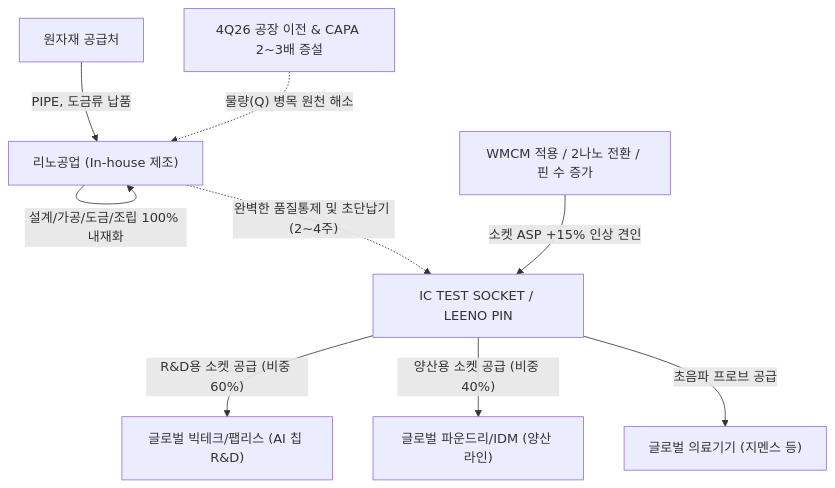
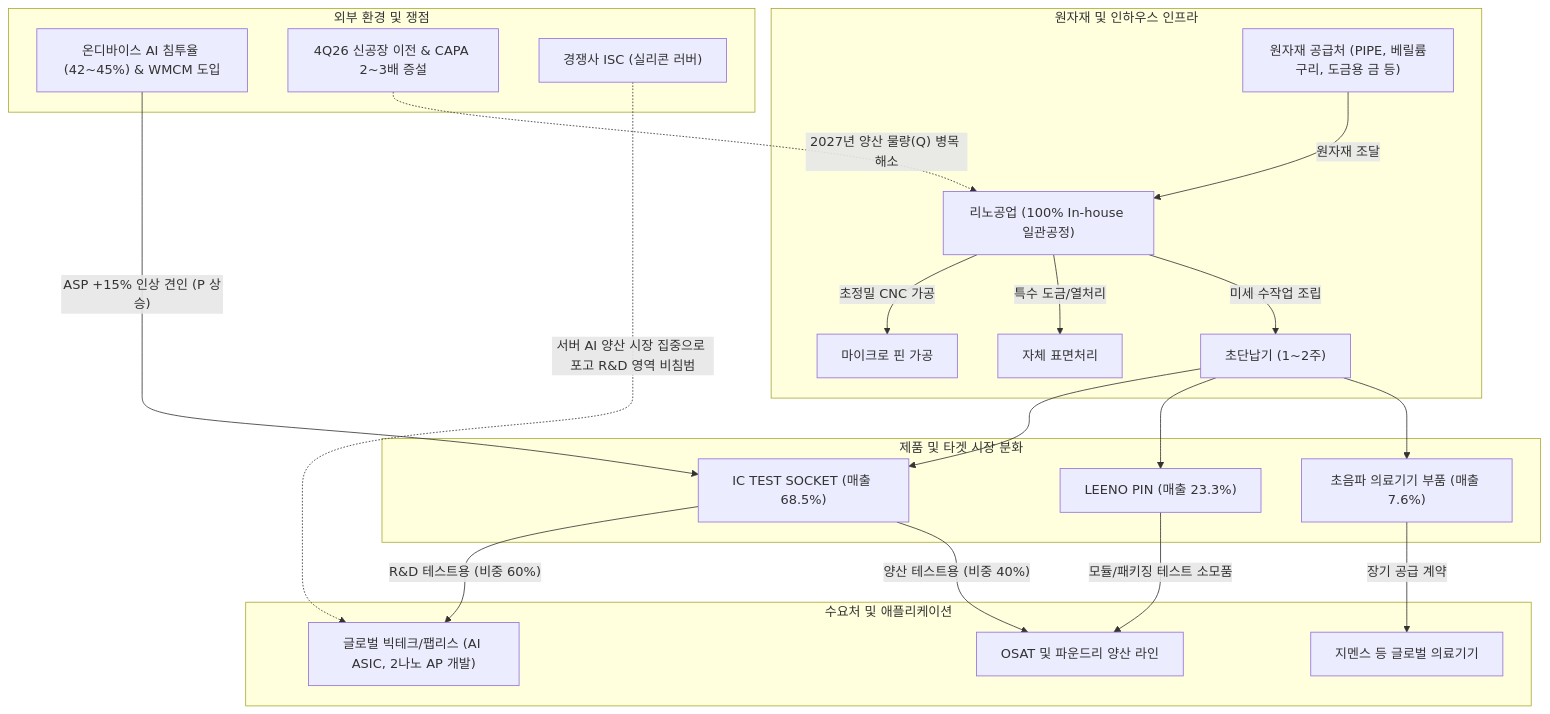
The diagram in Stock_Research/리노공업/3_Final_Reports/Phase1_Report.md (eve830521-cmd/my-skill), drawn with Mermaid before and after one commit. The commit also changed other lines of this file and 11 other files, not shown here.

````diff
--- a/Stock_Research/리노공업/3_Final_Reports/Phase1_Report.md
+++ b/Stock_Research/리노공업/3_Final_Reports/Phase1_Report.md
@@ -23,11 +23,28 @@
 ```mermaid
-graph TD
-    A["원자재 공급처"] -->|"PIPE, 도금류 납품"| B["리노공업 (In-house 제조)"]
-    B -->|"설계/가공/도금/조립 100% 내재화"| B
-    B -. "완벽한 품질통제 및 초단납기 (2~4주)" .-> C["IC TEST SOCKET / LEENO PIN"]
-    C -->|"R&D용 소켓 공급 (비중 60%)"| D["글로벌 빅테크/팹리스 (AI 칩 R&D)"]
-    C -->|"양산용 소켓 공급 (비중 40%)"| E["글로벌 파운드리/IDM (양산 라인)"]
-    C -->|"초음파 프로브 공급"| F["글로벌 의료기기 (지멘스 등)"]
-    G["WMCM 적용 / 2나노 전환 / 핀 수 증가"] -->|"소켓 ASP +15% 인상 견인"| C
-    H["4Q26 공장 이전 & CAPA 2~3배 증설"] -. "물량(Q) 병목 원천 해소" .-> B
+flowchart TD
+    subgraph 원자재 및 인하우스 인프라
+        A["원자재 공급처 (PIPE, 베릴륨구리, 도금용 금 등)"] -->|"원자재 조달"| B["리노공업 (100% In-house 일관공정)"]
+        B -->|"초정밀 CNC 가공"| B1["마이크로 핀 가공"]
+        B -->|"특수 도금/열처리"| B2["자체 표면처리"]
+        B -->|"미세 수작업 조립"| B3["초단납기 (1~2주)"]
+    end
+
+    subgraph 제품 및 타겟 시장 분화
+        B3 --> C1["IC TEST SOCKET (매출 68.5%)"]
+        B3 --> C2["LEENO PIN (매출 23.3%)"]
+        B3 --> C3["초음파 의료기기 부품 (매출 7.6%)"]
+    end
+
+    subgraph 수요처 및 애플리케이션
+        C1 -->|"R&D 테스트용 (비중 60%)"| D1["글로벌 빅테크/팹리스 (AI ASIC, 2나노 AP 개발)"]
+        C1 -->|"양산 테스트용 (비중 40%)"| D2["OSAT 및 파운드리 양산 라인"]
+        C2 -->|"모듈/패키징 테스트 소모품"| D2
+        C3 -->|"장기 공급 계약"| D3["지멘스 등 글로벌 의료기기"]
+    end
+
+    subgraph 외부 환경 및 쟁점
+        E1["온디바이스 AI 침투율 (42~45%) & WMCM 도입"] -->|"ASP +15% 인상 견인 (P 상승)"| C1
+        E2["4Q26 신공장 이전 & CAPA 2~3배 증설"] -. "2027년 양산 물량(Q) 병목 해소" .-> B
+        E3["경쟁사 ISC (실리콘 러버)"] -. "서버 AI 양산 시장 집중으로 포고 R&D 영역 비침범" .-> D1
+    end
 ```
````
